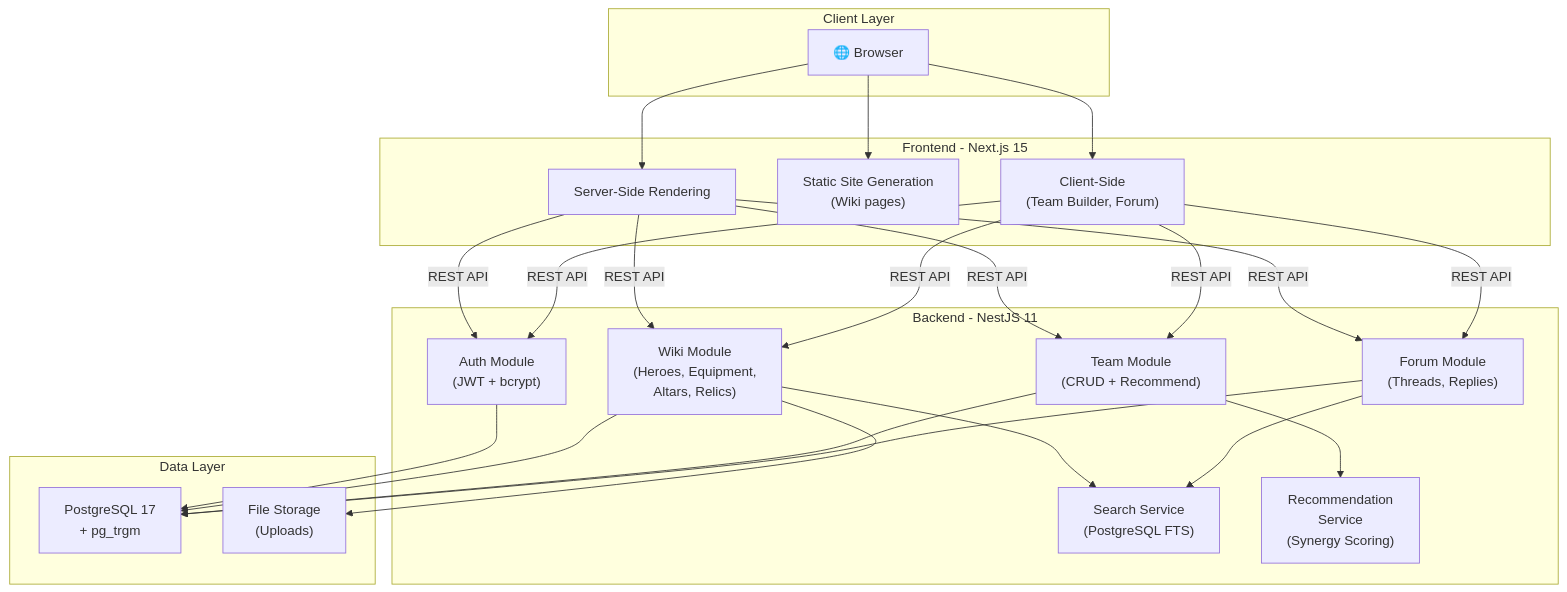
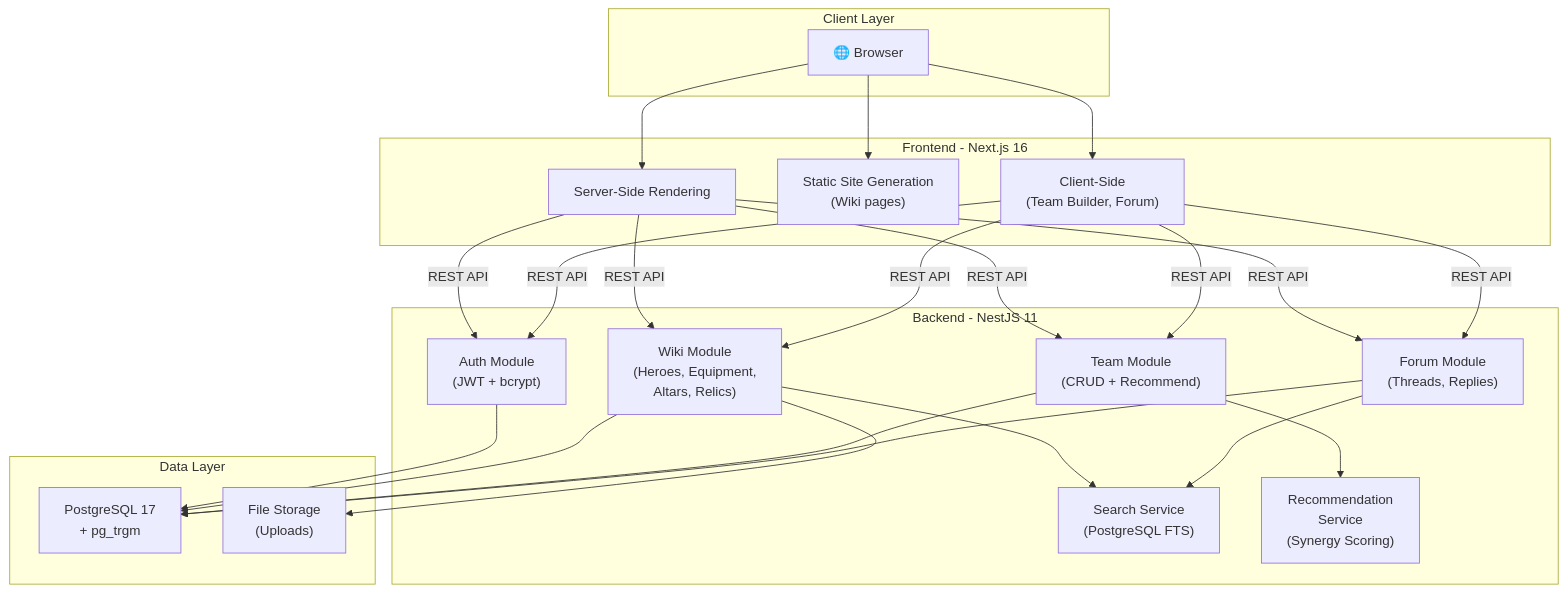
Before and after one commit to nowl-it/KGCentral: the fourth of 6 diagrams in PROPOSAL.md, drawn with Mermaid. The commit also changed other lines of this file and 66 other files, not shown here.

````diff
--- a/PROPOSAL.md
+++ b/PROPOSAL.md
@@ -321,34 +321,34 @@
 ```mermaid
 graph TB
     subgraph "Client Layer"
         Browser["🌐 Browser"]
     end
 
-    subgraph "Frontend - Next.js 15"
+    subgraph "Frontend - Next.js 16"
         SSR["Server-Side Rendering"]
         SSG["Static Site Generation<br/>(Wiki pages)"]
         CSR["Client-Side<br/>(Team Builder, Forum)"]
     end
 
     subgraph "Backend - NestJS 11"
         AUTH["Auth Module<br/>(JWT + bcrypt)"]
         WIKI["Wiki Module<br/>(Heroes, Equipment,<br/>Altars, Relics)"]
         TEAM["Team Module<br/>(CRUD + Recommend)"]
         FORUM["Forum Module<br/>(Threads, Replies)"]
         SEARCH["Search Service<br/>(PostgreSQL FTS)"]
         RECOM["Recommendation<br/>Service<br/>(Synergy Scoring)"]
     end
 
     subgraph "Data Layer"
         PG["PostgreSQL 17<br/>+ pg_trgm"]
         FS["File Storage<br/>(Uploads)"]
     end
 
     Browser --> SSR & SSG & CSR
     SSR & CSR -->|REST API| AUTH & WIKI & TEAM & FORUM
     WIKI --> SEARCH
     FORUM --> SEARCH
     TEAM --> RECOM
     AUTH & WIKI & TEAM & FORUM --> PG
     WIKI --> FS
 ```
````
